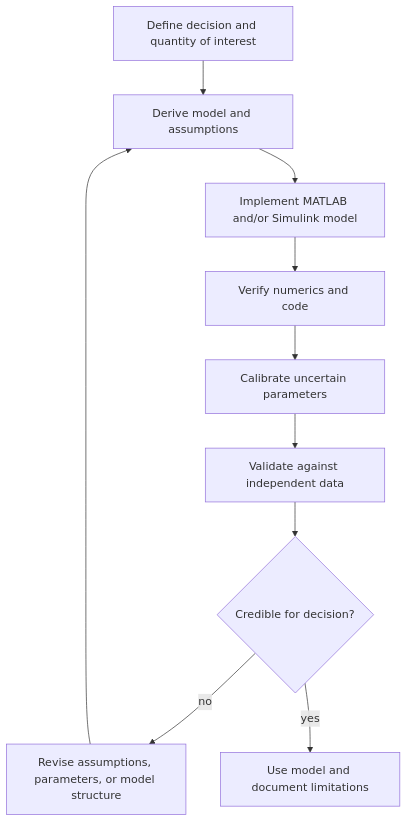
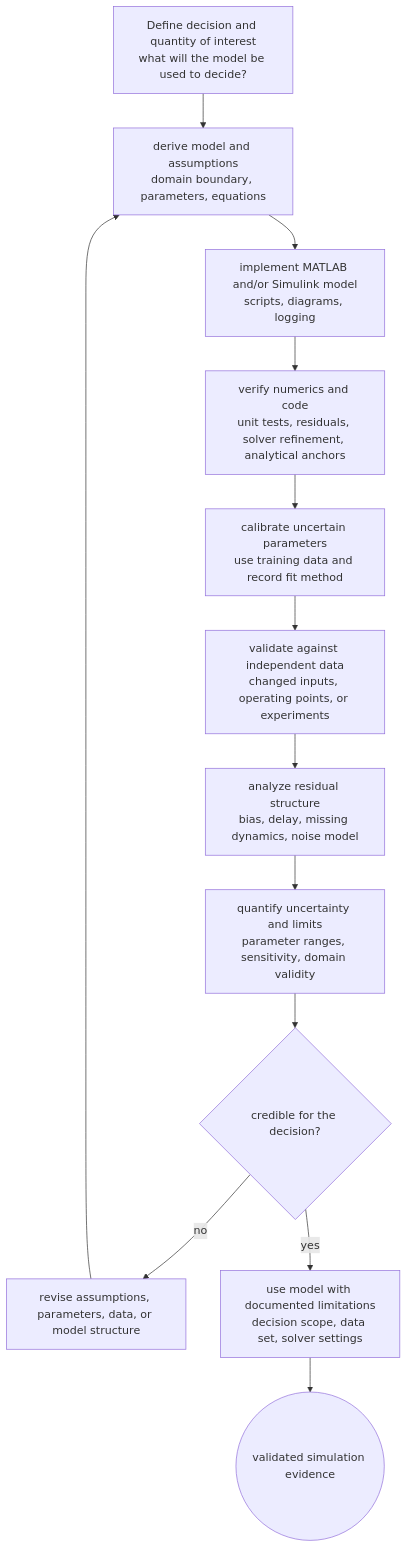
One commit to justinbrianhwang/SJ-wiki changed the diagram in docs/physics/simulation/validation-multi-domain-examples.md. Above: the diagram before and after it, drawn with Mermaid. The commit also changed other lines of this file and 1858 other files, not shown here.

Commit message:
Upgrade Mermaid diagrams to real architecture level across DL/CS-systems/CS-applied/QIS/Physics+Math+Chem (~728 mermaid blocks total): detailed sublayers, residuals, dimensions, shape transitions, subgraph grouping

````diff
--- a/docs/physics/simulation/validation-multi-domain-examples.md
+++ b/docs/physics/simulation/validation-multi-domain-examples.md
@@ -69,12 +69,15 @@
 ```mermaid
 flowchart TD
-  A[Define decision and quantity of interest] --> B[Derive model and assumptions]
-  B --> C[Implement MATLAB and/or Simulink model]
-  C --> D[Verify numerics and code]
-  D --> E[Calibrate uncertain parameters]
-  E --> F[Validate against independent data]
-  F --> G{"Credible for decision?"}
-  G -->|no| H["Revise assumptions, parameters, or model structure"]
-  H --> B
-  G -->|yes| I[Use model and document limitations]
+  Decision["Define decision and quantity of interest<br/>what will the model be used to decide?"] --> Assumptions["derive model and assumptions<br/>domain boundary, parameters, equations"]
+  Assumptions --> Implement["implement MATLAB and/or Simulink model<br/>scripts, diagrams, logging"]
+  Implement --> Verify["verify numerics and code<br/>unit tests, residuals, solver refinement, analytical anchors"]
+  Verify --> Calibrate["calibrate uncertain parameters<br/>use training data and record fit method"]
+  Calibrate --> Validate["validate against independent data<br/>changed inputs, operating points, or experiments"]
+  Validate --> Residuals["analyze residual structure<br/>bias, delay, missing dynamics, noise model"]
+  Residuals --> Uncertainty["quantify uncertainty and limits<br/>parameter ranges, sensitivity, domain validity"]
+  Uncertainty --> Gate{"credible for the decision?"}
+  Gate -- "no" --> Revise["revise assumptions, parameters, data, or model structure"]
+  Revise --> Assumptions
+  Gate -- "yes" --> Report["use model with documented limitations<br/>decision scope, data set, solver settings"]
+  Report --> Outcome(("validated simulation evidence"))
 ```
````
